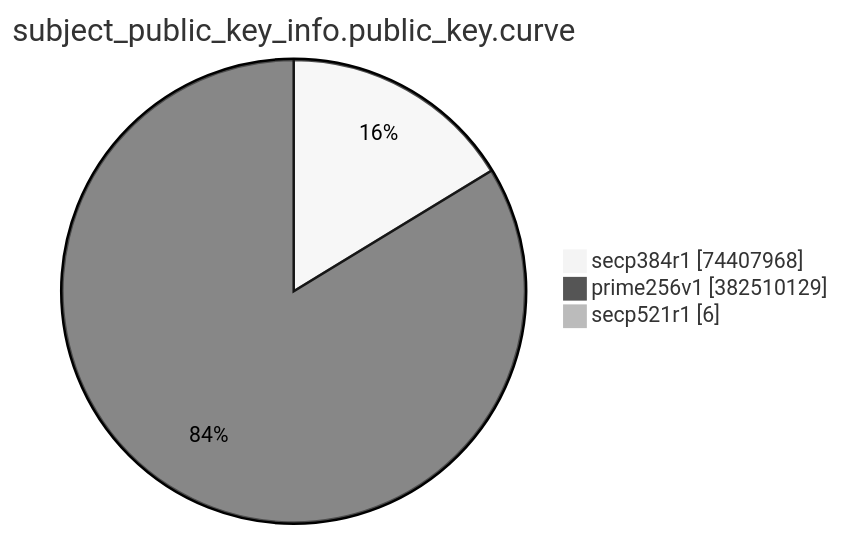
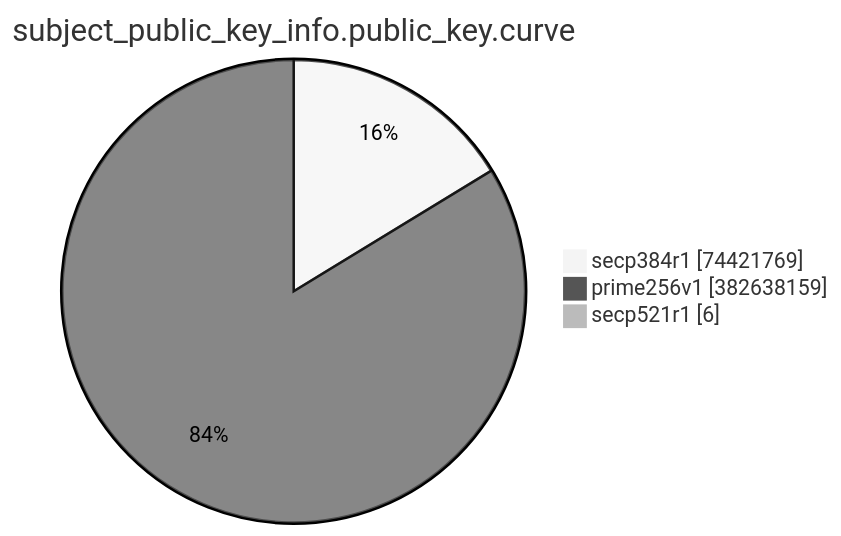
One commit to christiankrug/ctmonitor_visualization changed the eighth of 15 diagrams in TOTAL/README.md. Above: the diagram before and after it, drawn with Mermaid (neutral theme). The commit also changed other lines of this file, not shown here.

````diff
--- a/TOTAL/README.md
+++ b/TOTAL/README.md
@@ -3094,7 +3094,7 @@
 ```mermaid
 pie showData
 title subject_public_key_info.public_key.curve
-"secp384r1" :74407968
-"prime256v1" :382510129
+"secp384r1" :74421769
+"prime256v1" :382638159
 "secp521r1" :6
 ```
````
